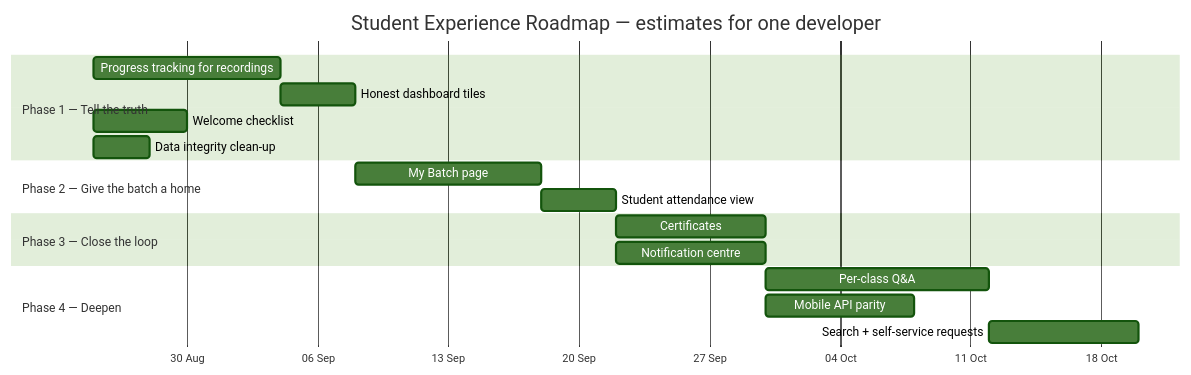
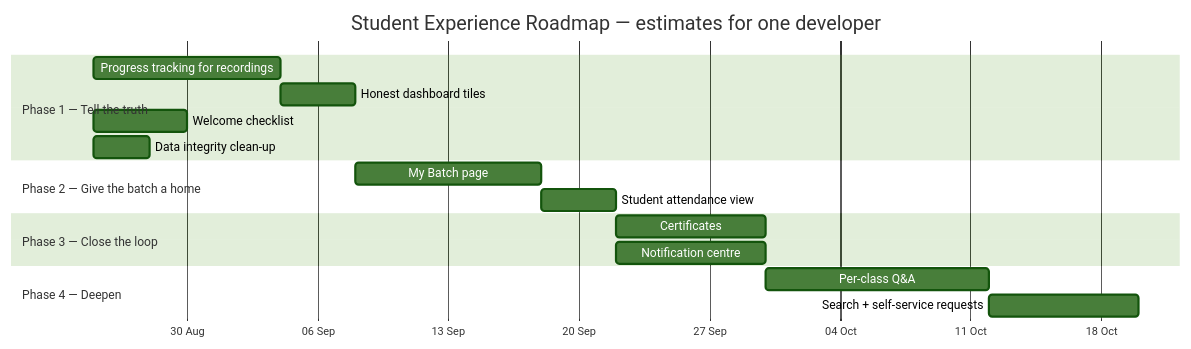
Before and after one commit to tdottahmed/tradingchart-planing: the seventh of 7 diagrams in STUDENT_UX_ENHANCEMENT_PLAN.md, drawn with Mermaid (forest theme). The commit also changed other lines of this file and 1 other file, not shown here.

````diff
--- a/STUDENT_UX_ENHANCEMENT_PLAN.md
+++ b/STUDENT_UX_ENHANCEMENT_PLAN.md
@@ -634,25 +592,24 @@
 ```mermaid
 gantt
     title Student Experience Roadmap — estimates for one developer
     dateFormat YYYY-MM-DD
     axisFormat %d %b
 
     section Phase 1 — Tell the truth
     Progress tracking for recordings   :p1a, 2026-08-25, 10d
     Honest dashboard tiles             :p1b, after p1a, 4d
     Welcome checklist                  :p1c, 2026-08-25, 5d
     Data integrity clean-up            :p1d, 2026-08-25, 3d
 
     section Phase 2 — Give the batch a home
     My Batch page                      :p2a, after p1b, 10d
     Student attendance view            :p2b, after p2a, 4d
 
     section Phase 3 — Close the loop
     Certificates                       :p3a, after p2b, 8d
     Notification centre                :p3b, after p2b, 8d
 
     section Phase 4 — Deepen
     Per-class Q&A                      :p4a, after p3a, 12d
-    Mobile API parity                  :p4b, after p3b, 8d
     Search + self-service requests     :p4c, after p4a, 8d
 ```
````
